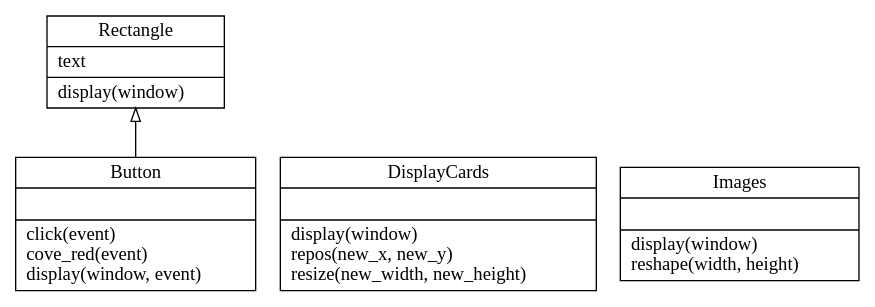
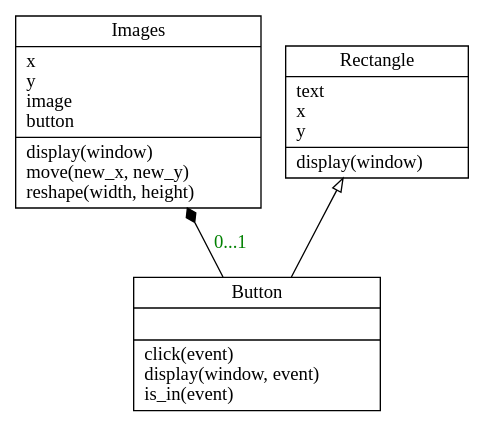
The diagram in UML/class_diagrams_for_graphic.dot (arthurbr11/Blackjack), drawn with Graphviz before and after one commit. The commit also changed 4 other files, not shown here.

Commit message:
diagram modification

```diff
--- a/UML/class_diagrams_for_graphic.dot
+++ b/UML/class_diagrams_for_graphic.dot
@@ -1,10 +1,12 @@
 digraph "classes" {
 charset="utf-8"
 rankdir=BT
-"0" [label="{Button|\l|click(event)\lcove_red(event)\ldisplay(window, event)\l}", shape="record"];
-"1" [label="{DisplayCards|\l|display(window)\lrepos(new_x, new_y)\lresize(new_width, new_height)\l}", shape="record"];
-"2" [label="{Images|\l|display(window)\lreshape(width, height)\l}", shape="record"];
-"3" [label="{Rectangle|text\l|display(window)\l}", shape="record"];
+"0" [label="{Button|\l|click(event) \ldisplay(window, event) \lis_in(event)\l}", shape="record"];
+"1" [label="{Images|x\ly\limage\lbutton\l|display(window) \lmove(new_x, new_y) \lreshape(width, height) \l}", shape="record"];
+"3" [label="{Rectangle|text\lx\ly\l|display(window) \l}", shape="record"];
 
 "0" -> "3" [arrowhead="empty", arrowtail="none"];
+
+"0" -> "1" [arrowhead="diamond", arrowtail="none", fontcolor="green", label="0...1", style="solid"];
+
 }
```
